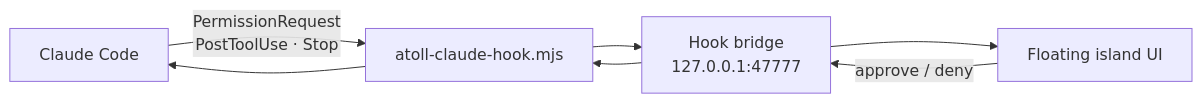
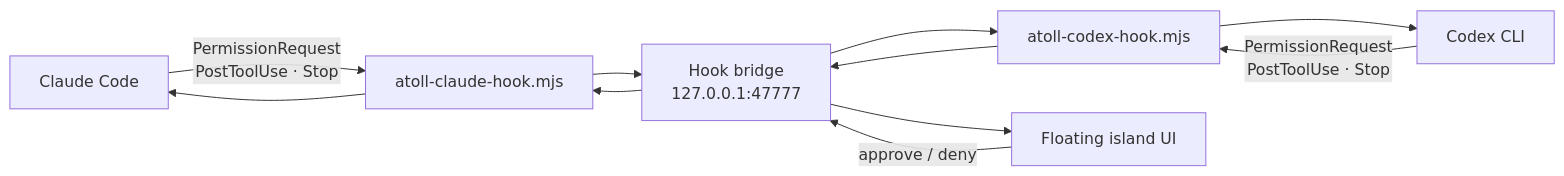
Before and after one commit to sheepbooy/Atoll: the diagram in README.md, drawn with Mermaid. The commit also changed other lines of this file and 14 other files, not shown here.

First line of the commit message:
Add Codex CLI hook integration and dedicated island mascot.

````diff
--- a/README.md
+++ b/README.md
@@ -137,14 +138,20 @@
 ```mermaid
 flowchart LR
   CC["Claude Code"]
-  SH["atoll-claude-hook.mjs"]
+  CX["Codex CLI"]
+  SHC["atoll-claude-hook.mjs"]
+  SHX["atoll-codex-hook.mjs"]
   BR["Hook bridge\n127.0.0.1:47777"]
   UI["Floating island UI"]
 
-  CC -->|"PermissionRequest\nPostToolUse · Stop"| SH
-  SH --> BR
+  CC -->|"PermissionRequest\nPostToolUse · Stop"| SHC
+  CX -->|"PermissionRequest\nPostToolUse · Stop"| SHX
+  SHC --> BR
+  SHX --> BR
   BR --> UI
   UI -->|"approve / deny"| BR
-  BR --> SH
-  SH --> CC
+  BR --> SHC
+  BR --> SHX
+  SHC --> CC
+  SHX --> CX
 ```
````
